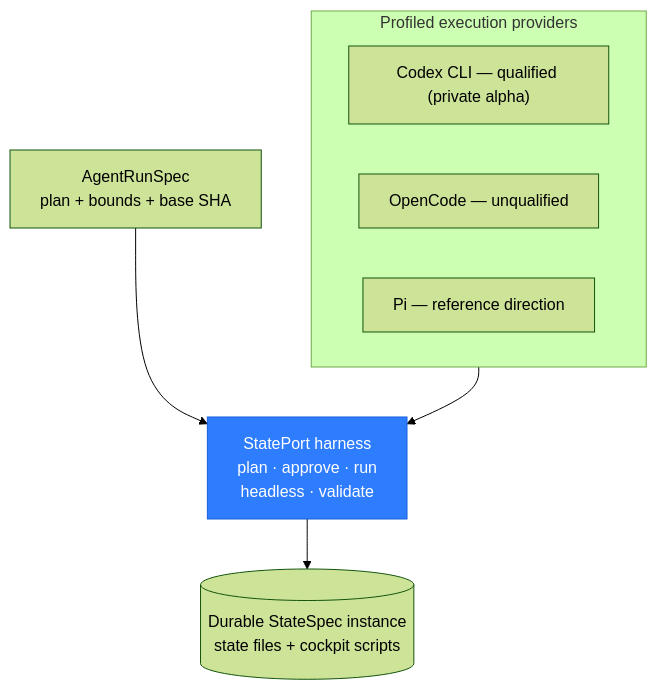
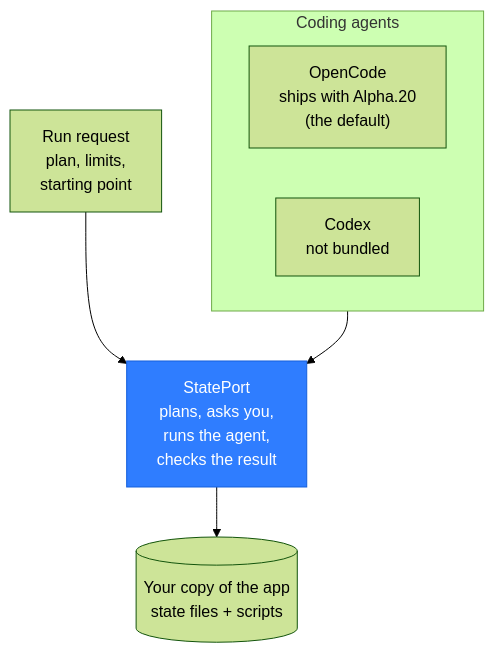
Before and after one commit to lennertvhoy/StatePort-Site: the diagram in assets/diagrams/src/stateport-diagram-harness.mmd, drawn with Mermaid (forest theme). The commit also changed 6 other files, not shown here.

First line of the commit message:
images: diagrams and social card without jargon; the harness diagram no longer says Codex is the qualified provider

```diff
--- a/assets/diagrams/src/stateport-diagram-harness.mmd
+++ b/assets/diagrams/src/stateport-diagram-harness.mmd
@@ -1,14 +1,13 @@
 flowchart TB
-    SPEC["AgentRunSpec<br/>plan + bounds + base SHA"]
-    subgraph HOSTS["Profiled execution providers"]
-        CX["Codex CLI — qualified (private alpha)"]
-        OC["OpenCode — unqualified"]
-        PI["Pi — reference direction"]
+    SPEC["Run request<br/>plan, limits,<br/>starting point"]
+    subgraph HOSTS["Coding agents"]
+        OC["OpenCode<br/>ships with Alpha.20<br/>(the default)"]
+        CX["Codex<br/>not bundled"]
     end
-    HARNESS["StatePort harness<br/>plan · approve · run<br/>headless · validate"]
-    DB[("Durable StateSpec instance<br/>state files + cockpit scripts")]
+    HARNESS["StatePort<br/>plans, asks you,<br/>runs the agent,<br/>checks the result"]
+    DB[("Your copy of the app<br/>state files + scripts")]
     SPEC --> HARNESS
     HOSTS --> HARNESS
     HARNESS --> DB
     classDef harness fill:#2f7dff,color:#ffffff,stroke:#155fdc;
     class HARNESS harness;
```
